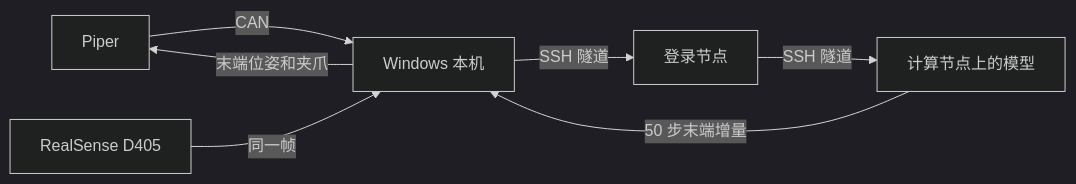
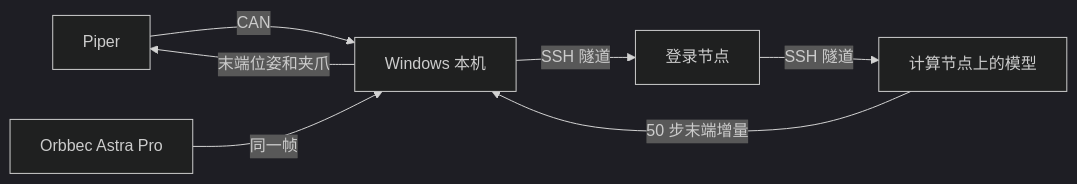
Before and after one commit to TzJ2006/CEI_robot_arms: the diagram in 用户文档.md, drawn with Mermaid (dark theme). The commit also changed other lines of this file and 5 other files, not shown here.

````diff
--- a/用户文档.md
+++ b/用户文档.md
@@ -7,14 +7,14 @@
 ```mermaid
 flowchart LR
   arm[Piper]
-  cam[RealSense D405]
+  cam[Orbbec Astra Pro]
   win[Windows 本机]
   login[登录节点]
   gpu[计算节点上的模型]
   arm -->|CAN| win
   cam -->|同一帧| win
   win -->|SSH 隧道| login
   login -->|SSH 隧道| gpu
   gpu -->|50 步末端增量| win
   win -->|末端位姿和夹爪| arm
 ```
````
